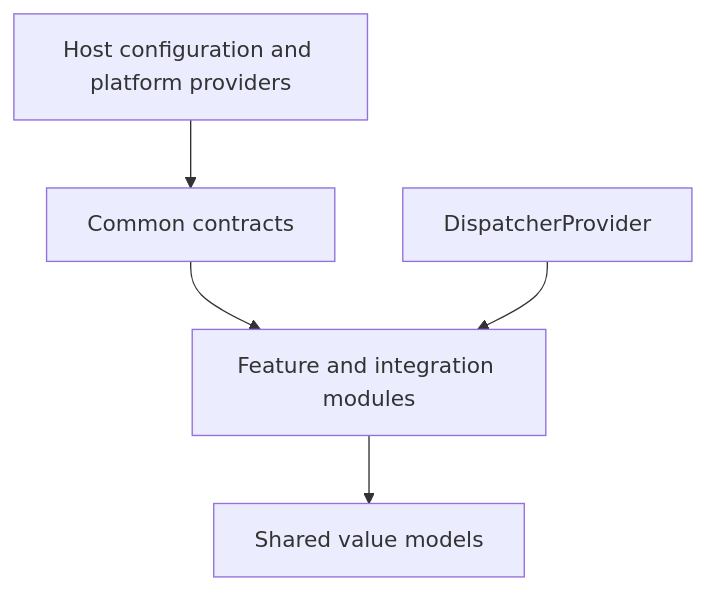
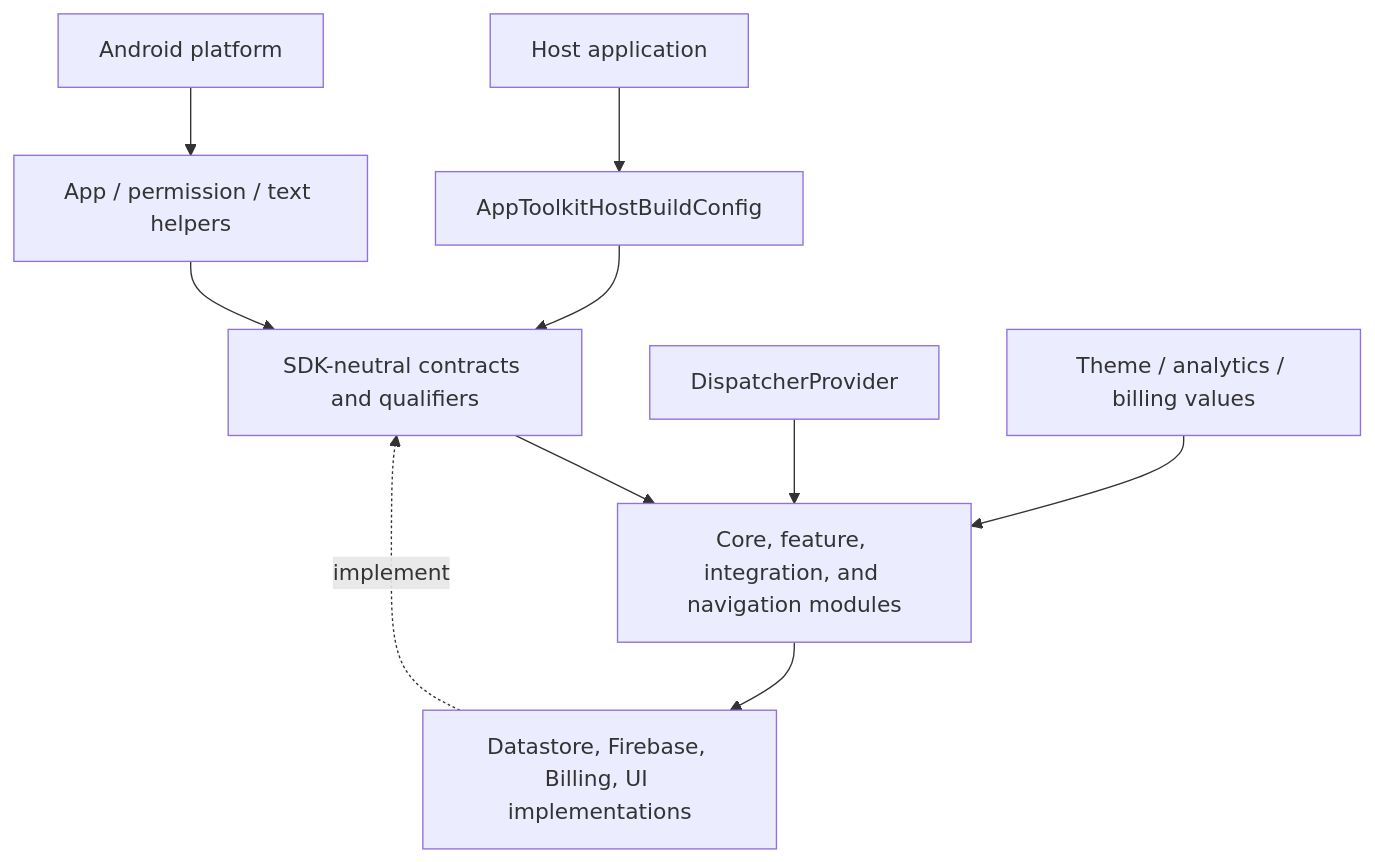
The diagram in library/core/common/README.md (MihaiCristianCondrea/App-Toolkit-for-Android), drawn with Mermaid before and after one commit. The commit also changed other lines of this file and 57 other files, not shown here.

````diff
--- a/library/core/common/README.md
+++ b/library/core/common/README.md
@@ -45,7 +46,12 @@
 ```mermaid
 flowchart TD
-    Host[Host configuration and platform providers] --> Contracts[Common contracts]
-    Contracts --> Features[Feature and integration modules]
-    Dispatchers[DispatcherProvider] --> Features
-    Features --> Models[Shared value models]
+    Host[Host application] --> Config[AppToolkitHostBuildConfig]
+    Android[Android platform] --> Helpers[App / permission / text helpers]
+    Config --> Contracts[SDK-neutral contracts and qualifiers]
+    Helpers --> Contracts
+    Dispatchers[DispatcherProvider] --> Consumers[Core, feature, integration, and navigation modules]
+    Contracts --> Consumers
+    Models[Theme / analytics / billing values] --> Consumers
+    Consumers --> Implementations[Datastore, Firebase, Billing, UI implementations]
+    Implementations -. implement .-> Contracts
 ```
````
